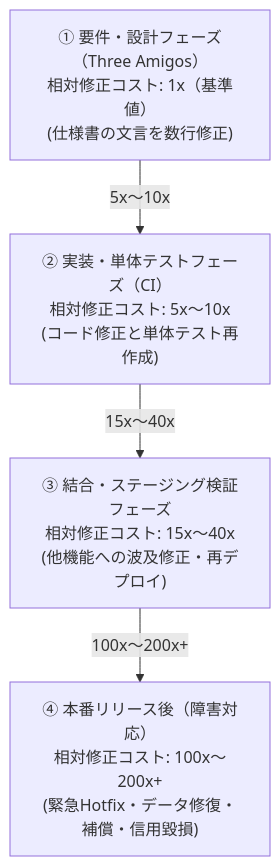
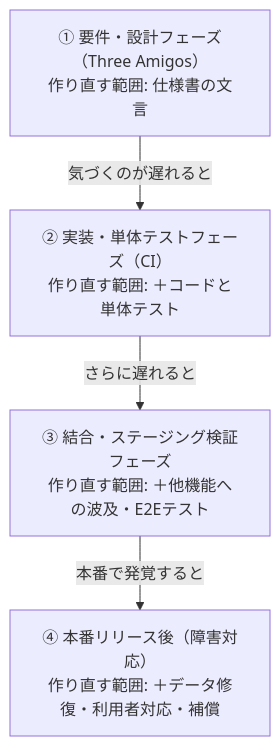
The second of 4 diagrams in manuscript/02_chapter2.md (AnaharaYasuo/product-quality-management-book), drawn with Mermaid before and after one commit. The commit also changed other lines of this file and 35 other files, not shown here.

````diff
--- a/manuscript/02_chapter2.md
+++ b/manuscript/02_chapter2.md
@@ -55,6 +55,6 @@
 ```mermaid
 flowchart TD
-    Phase1["① 要件・設計フェーズ（Three Amigos）<br>相対修正コスト: 1x（基準値）<br>(仕様書の文言を数行修正)"] -->|"5x〜10x"| Phase2["② 実装・単体テストフェーズ（CI）<br>相対修正コスト: 5x〜10x<br>(コード修正と単体テスト再作成)"]
-    Phase2 -->|"15x〜40x"| Phase3["③ 結合・ステージング検証フェーズ<br>相対修正コスト: 15x〜40x<br>(他機能への波及修正・再デプロイ)"]
-    Phase3 -->|"100x〜200x+"| Phase4["④ 本番リリース後（障害対応）<br>相対修正コスト: 100x〜200x+<br>(緊急Hotfix・データ修復・補償・信用毀損)"]
+    Phase1["① 要件・設計フェーズ（Three Amigos）<br>作り直す範囲: 仕様書の文言"] -->|"気づくのが遅れると"| Phase2["② 実装・単体テストフェーズ（CI）<br>作り直す範囲: ＋コードと単体テスト"]
+    Phase2 -->|"さらに遅れると"| Phase3["③ 結合・ステージング検証フェーズ<br>作り直す範囲: ＋他機能への波及・E2Eテスト"]
+    Phase3 -->|"本番で発覚すると"| Phase4["④ 本番リリース後（障害対応）<br>作り直す範囲: ＋データ修復・利用者対応・補償"]
 ```
````
